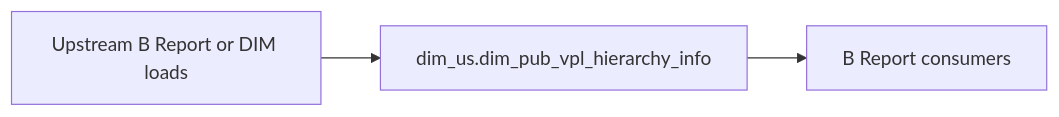
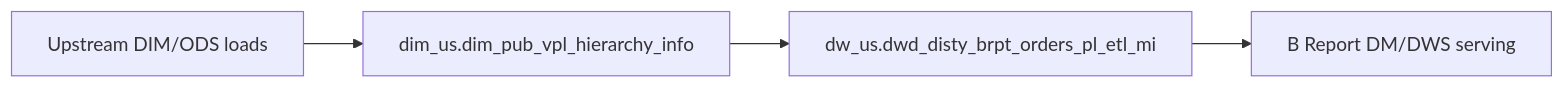
Before and after one commit to chengduhaha/data_agent: the diagram in backend/defaults/b_report/workspace/target/knowledgebase/b-report-us/dim_pub_vpl_hierarchy_info.md, drawn with Mermaid. The commit also changed other lines of this file and 1108 other files, not shown here.

````diff
--- a/backend/defaults/b_report/workspace/target/knowledgebase/b-report-us/dim_pub_vpl_hierarchy_info.md
+++ b/backend/defaults/b_report/workspace/target/knowledgebase/b-report-us/dim_pub_vpl_hierarchy_info.md
@@ -142,8 +135,10 @@
 ```mermaid
 flowchart LR
-  upstream[Upstream B Report or DIM loads]
-  tgt["dim_us.dim_pub_vpl_hierarchy_info"]
-  brpt[B Report consumers]
-  upstream --> tgt
-  tgt --> brpt
+  upstream["Upstream DIM/ODS loads"]
+  dim["dim_us.dim_pub_vpl_hierarchy_info"]
+  hub["dw_us.dwd_disty_brpt_orders_pl_etl_mi"]
+  dm["B Report DM/DWS serving"]
+  upstream --> dim
+  dim --> hub
+  hub --> dm
 ```
````
